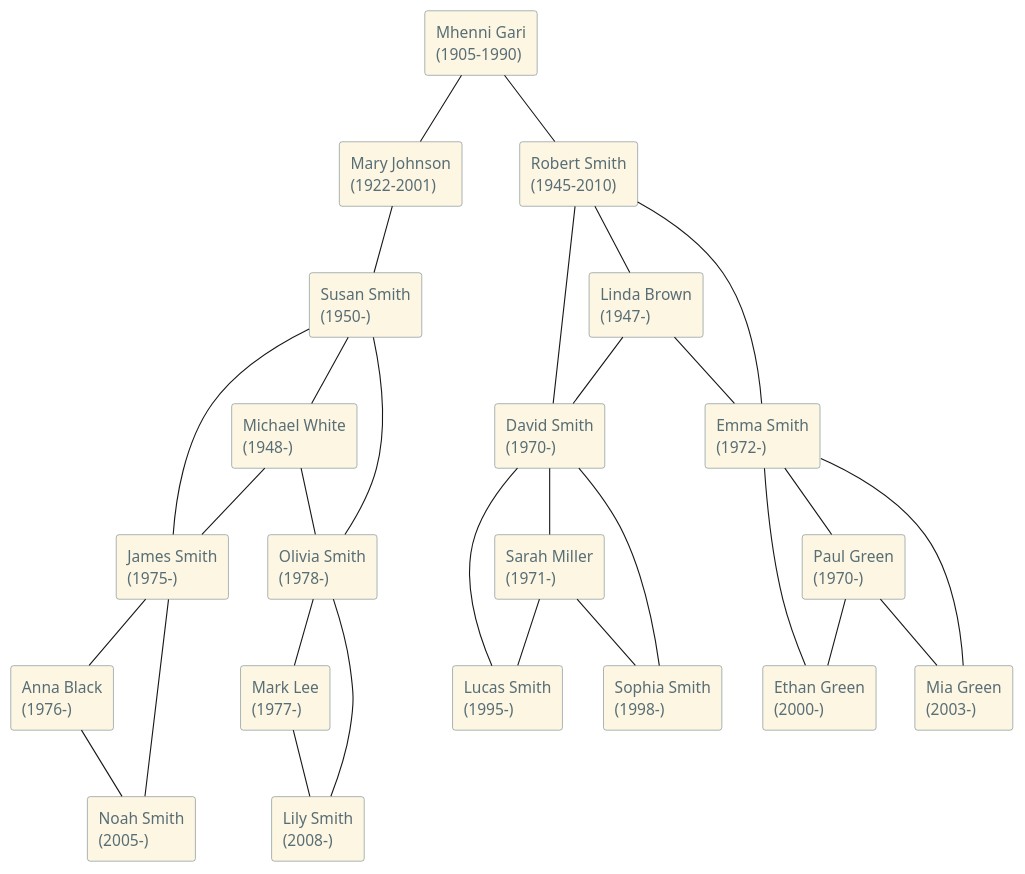
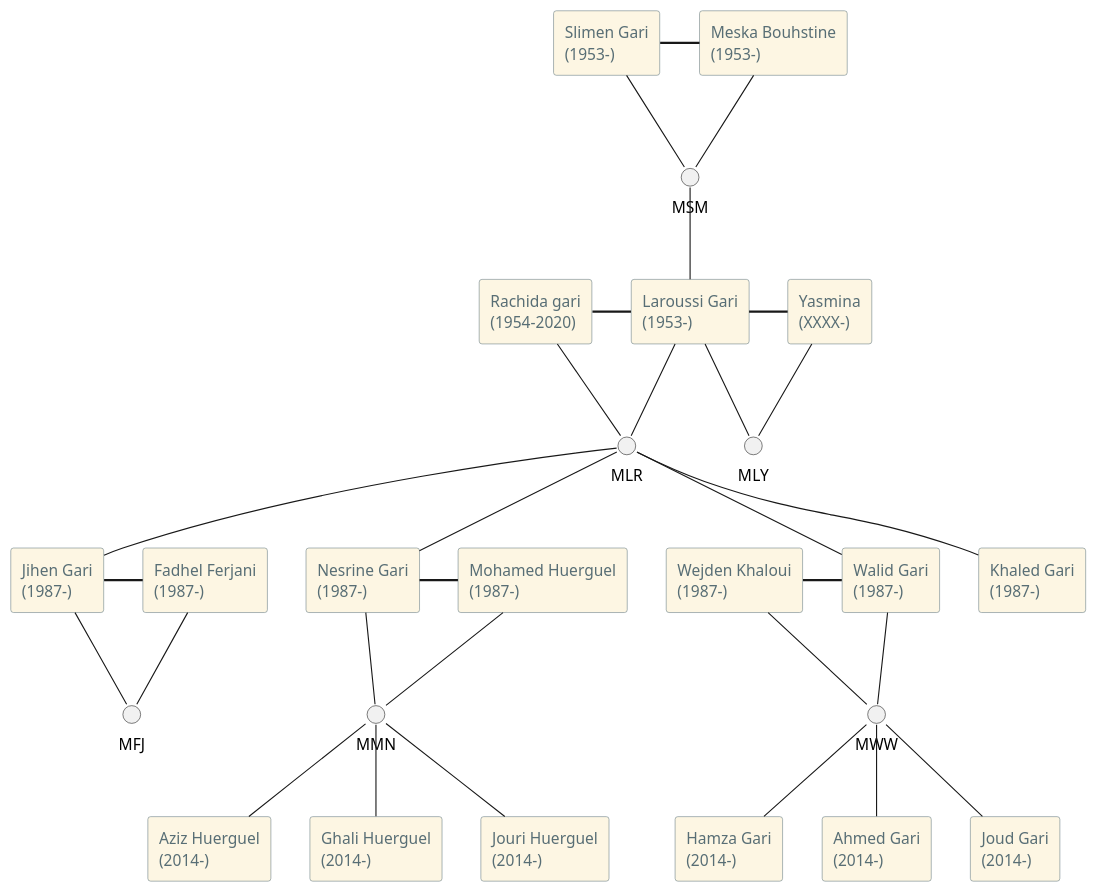
One commit to k-gari/gari-family-diagram changed the diagram in diagram.puml. Above: the diagram before and after it, drawn with PlantUML.

Commit message:
Update family diagram with new relationships

```diff
--- a/diagram.puml
+++ b/diagram.puml
@@ -1,80 +1,69 @@
 @startuml
-' Family Arborescence Example
+' Family Arborescence Gari
 
 skinparam defaultFontName Arial
 skinparam rectangle {
   BackgroundColor #FDF6E3
   BorderColor #657B83
   FontColor #586E75
 }
+' Slimen Family
+rectangle "Slimen Gari\n(1953-)" as Slimen
+rectangle "Meska Bouhstine\n(1953-)" as Meska
+Slimen =right= Meska
+Slimen -- MSM
+Meska -- MSM
 
-' Grandparents
-rectangle "Mhenni Gari\n(1905-1990)" as John
-rectangle "Mary Johnson\n(1922-2001)" as Mary
 
-' Parents
-rectangle "Robert Smith\n(1945-2010)" as Robert
-rectangle "Linda Brown\n(1947-)" as Linda
-rectangle "Susan Smith\n(1950-)" as Susan
-rectangle "Michael White\n(1948-)" as Michael
+' Laroussi Family
+rectangle "Laroussi Gari\n(1953-)" as Laroussi
+MSM -- Laroussi
+rectangle "Rachida gari\n(1954-2020)" as Rachida
+rectangle "Yasmina\n(XXXX-)" as Yasmina
+Laroussi =left= Rachida
+Laroussi -- MLR
+Rachida -- MLR
+Laroussi =right= Yasmina
+Laroussi -- MLY
+Yasmina -- MLY
 
-' Children
-rectangle "David Smith\n(1970-)" as David
-rectangle "Emma Smith\n(1972-)" as Emma
-rectangle "James Smith\n(1975-)" as James
-rectangle "Olivia Smith\n(1978-)" as Olivia
+rectangle "Khaled Gari\n(1987-)" as Khaled
+rectangle "Nesrine Gari\n(1987-)" as Nesrine
+rectangle "Walid Gari\n(1987-)" as Walid
+rectangle "Jihen Gari\n(1987-)" as Jihen
 
-' Spouses of children
-rectangle "Sarah Miller\n(1971-)" as Sarah
-rectangle "Paul Green\n(1970-)" as Paul
-rectangle "Anna Black\n(1976-)" as Anna
-rectangle "Mark Lee\n(1977-)" as Mark
+MLR -- Khaled
+MLR -- Nesrine
+MLR -- Walid
+MLR -- Jihen
 
-' Grandchildren
-rectangle "Lucas Smith\n(1995-)" as Lucas
-rectangle "Sophia Smith\n(1998-)" as Sophia
-rectangle "Ethan Green\n(2000-)" as Ethan
-rectangle "Mia Green\n(2003-)" as Mia
-rectangle "Noah Smith\n(2005-)" as Noah
-rectangle "Lily Smith\n(2008-)" as Lily
+' Huerguel Family
+rectangle "Mohamed Huerguel\n(1987-)" as MohamedH
+MohamedH =left= Nesrine
+rectangle "Aziz Huerguel\n(2014-)" as Aziz
+rectangle "Ghali Huerguel\n(2014-)" as Ghali
+rectangle "Jouri Huerguel\n(2014-)" as Jouri
+MohamedH -- MMN
+Nesrine -- MMN
+MMN -- Aziz
+MMN -- Ghali
+MMN -- Jouri
 
-' Relationships
-John -- Mary
-John -- Robert
-Mary -- Susan
+' Walid Gari Family
+rectangle "Wejden Khaloui\n(1987-)" as Wejden
+Walid =left= Wejden
+rectangle "Hamza Gari\n(2014-)" as Hamza
+rectangle "Ahmed Gari\n(2014-)" as Ahmed
+rectangle "Joud Gari\n(2014-)" as Joud
+Walid -- MWW
+Wejden -- MWW
+MWW -- Hamza
+MWW -- Ahmed
+MWW -- Joud
 
-Robert -- Linda
-Susan -- Michael
-
-Robert -- David
-Robert -- Emma
-Linda -- David
-Linda -- Emma
-
-Susan -- James
-Susan -- Olivia
-Michael -- James
-Michael -- Olivia
-
-David -- Sarah
-Emma -- Paul
-James -- Anna
-Olivia -- Mark
-
-David -- Lucas
-David -- Sophia
-Sarah -- Lucas
-Sarah -- Sophia
-
-Emma -- Ethan
-Emma -- Mia
-Paul -- Ethan
-Paul -- Mia
-
-James -- Noah
-Anna -- Noah
-
-Olivia -- Lily
-Mark -- Lily
-
+' Fadhel Family
+rectangle "Fadhel Ferjani\n(1987-)" as Fadhel
+Fadhel =left= Jihen
+Fadhel -- MFJ
+Jihen -- MFJ
 @enduml
```
